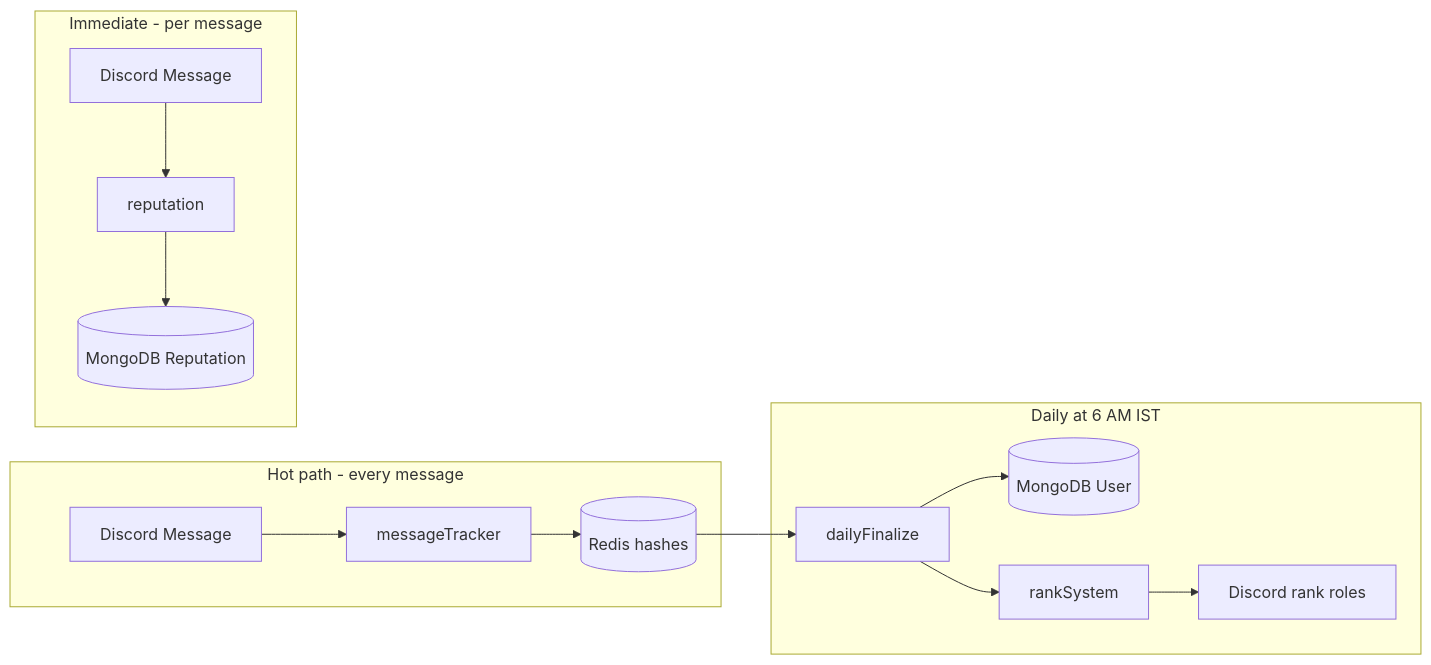
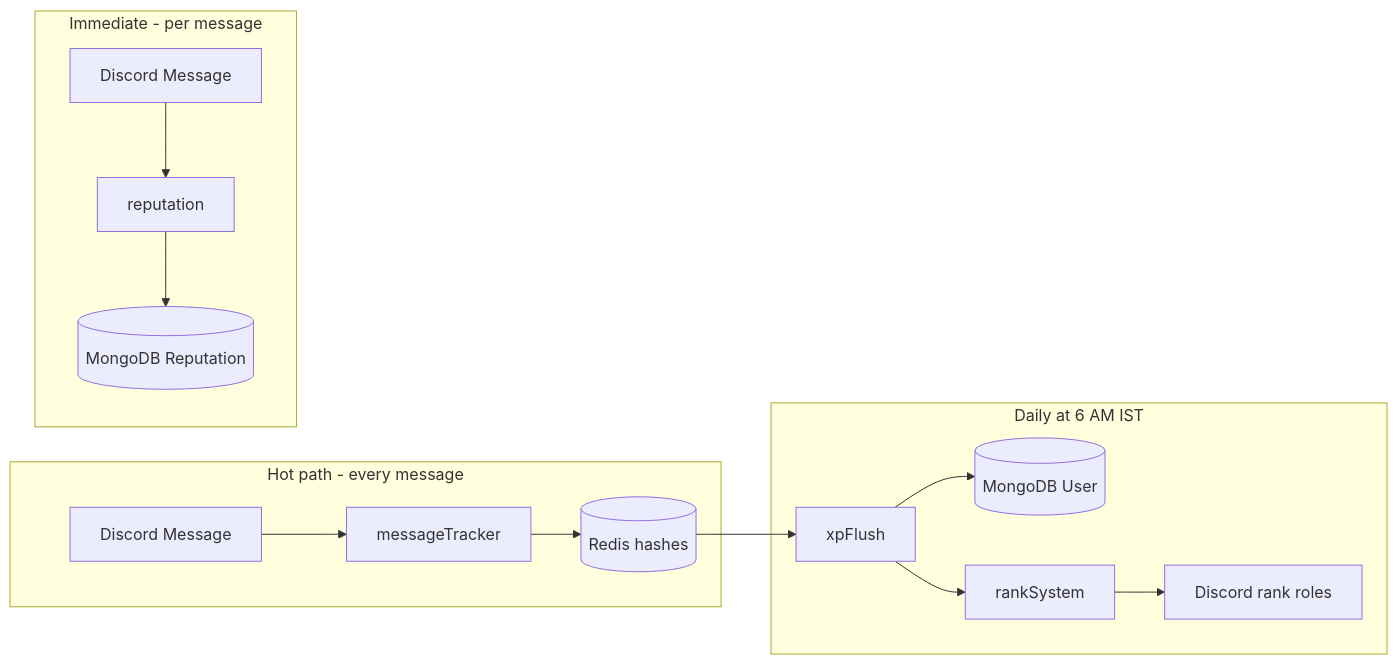
One commit to Vasumitra-Gajbhiye/Ralevel-Discord-Bot changed the second of 3 diagrams in docs/architecture.md. Above: the diagram before and after it, drawn with Mermaid. The commit also changed other lines of this file and 26 other files, not shown here.

````diff
--- a/docs/architecture.md
+++ b/docs/architecture.md
@@ -218,19 +218,19 @@
 ```mermaid
 flowchart LR
     subgraph hot [Hot path - every message]
         MSG[Discord Message] --> MT[messageTracker]
         MT --> REDIS[(Redis hashes)]
     end
 
     subgraph daily [Daily at 6 AM IST]
-        REDIS --> FIN[dailyFinalize]
+        REDIS --> FIN[xpFlush]
         FIN --> MONGO[(MongoDB User)]
         FIN --> RANK[rankSystem]
         RANK --> ROLES[Discord rank roles]
     end
 
     subgraph immediate [Immediate - per message]
         MSG2[Discord Message] --> REP[reputation]
         REP --> REPMONGO[(MongoDB Reputation)]
     end
 ```
````
